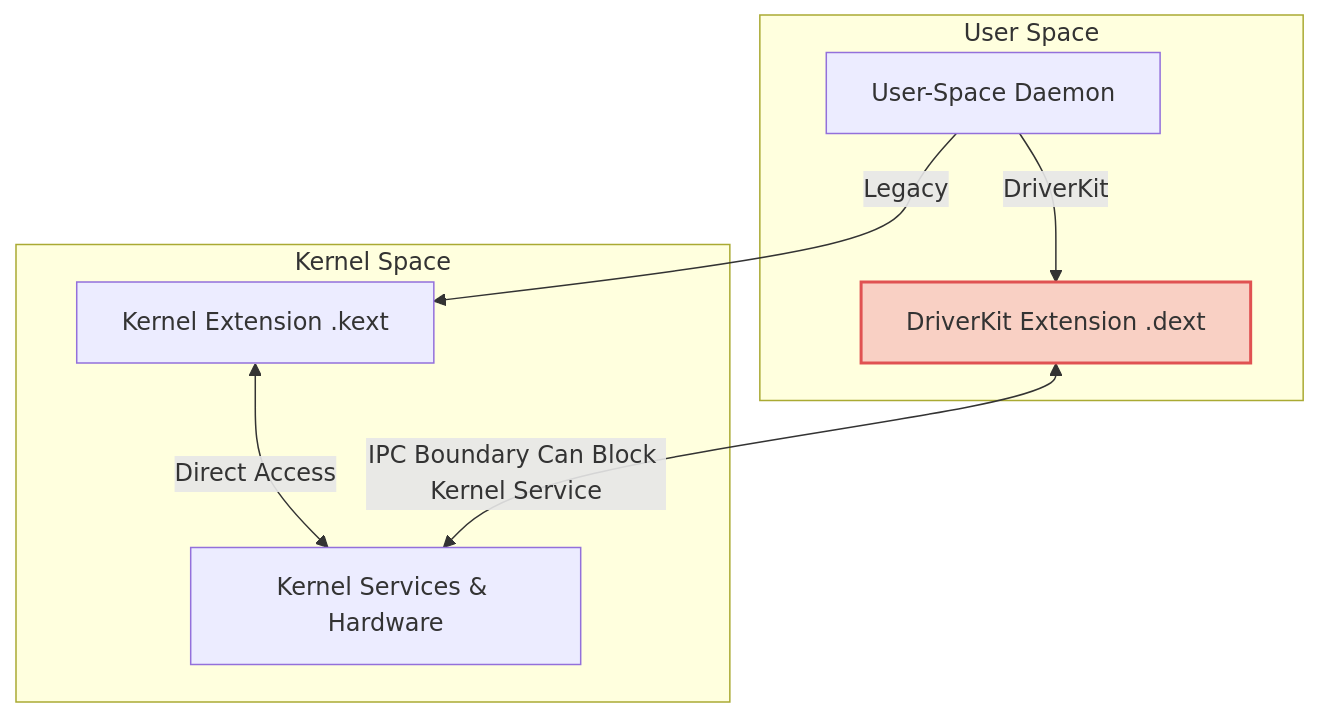
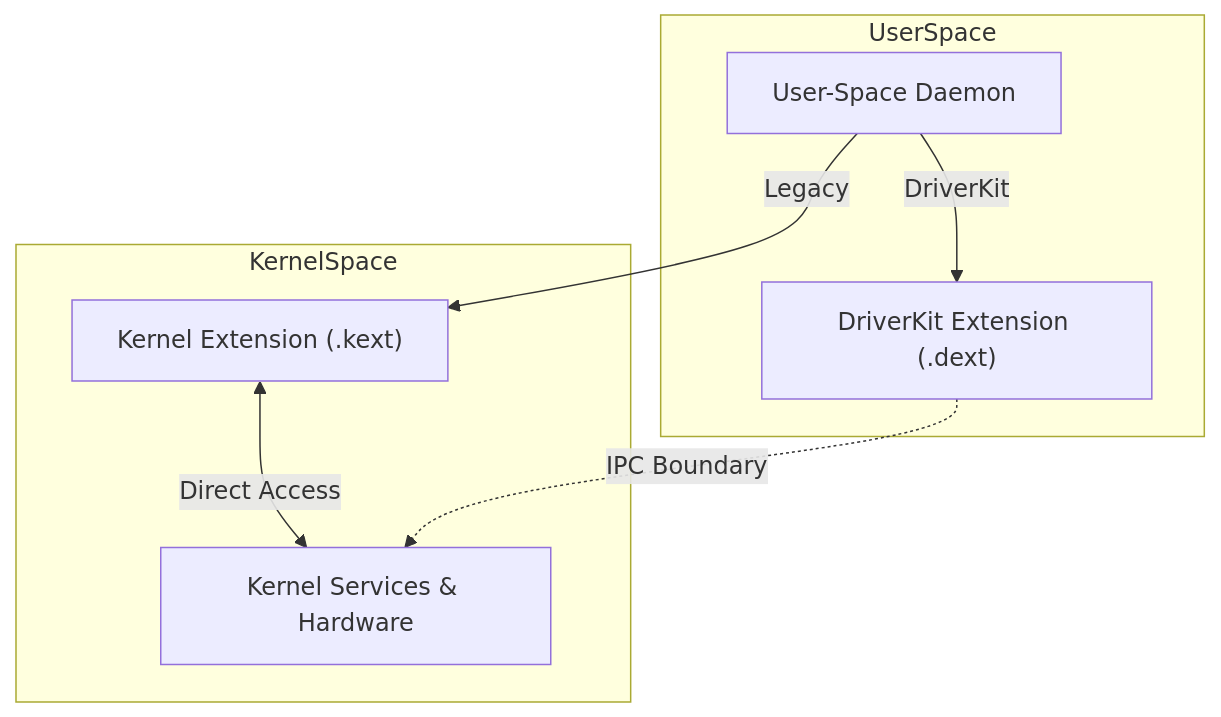
The first of 2 diagrams in README.md (ADAMSmugwe/driverkit-ec-deadlock-case-study-on-MacOS), drawn with Mermaid before and after one commit. The commit also changed other lines of this file and 1 other file, not shown here.

Commit message:
Complete technical investigation report and remediation guide

````diff
--- a/README.md
+++ b/README.md
@@ -15,20 +15,18 @@
 ```mermaid
 graph TD
-    subgraph User Space
-        Dext[DriverKit Extension .dext]
-        Daemon[User-Space Daemon]
+    subgraph UserSpace
+        Dext["DriverKit Extension (.dext)"]
+        Daemon["User-Space Daemon"]
     end
 
-    subgraph Kernel Space
-        Kext[Kernel Extension .kext]
-        KernelService[Kernel Services & Hardware]
+    subgraph KernelSpace
+        Kext["Kernel Extension (.kext)"]
+        KernelService["Kernel Services & Hardware"]
     end
 
     Daemon -->|Legacy| Kext
     Kext <-->|Direct Access| KernelService
 
     Daemon -->|DriverKit| Dext
-    Dext <-->|IPC Boundary Can Block Kernel Service| KernelService
-
-    style Dext fill:#f9d0c4,stroke:#e05252,stroke-width:2px
+    Dext -.->|IPC Boundary| KernelService
 ```
````
